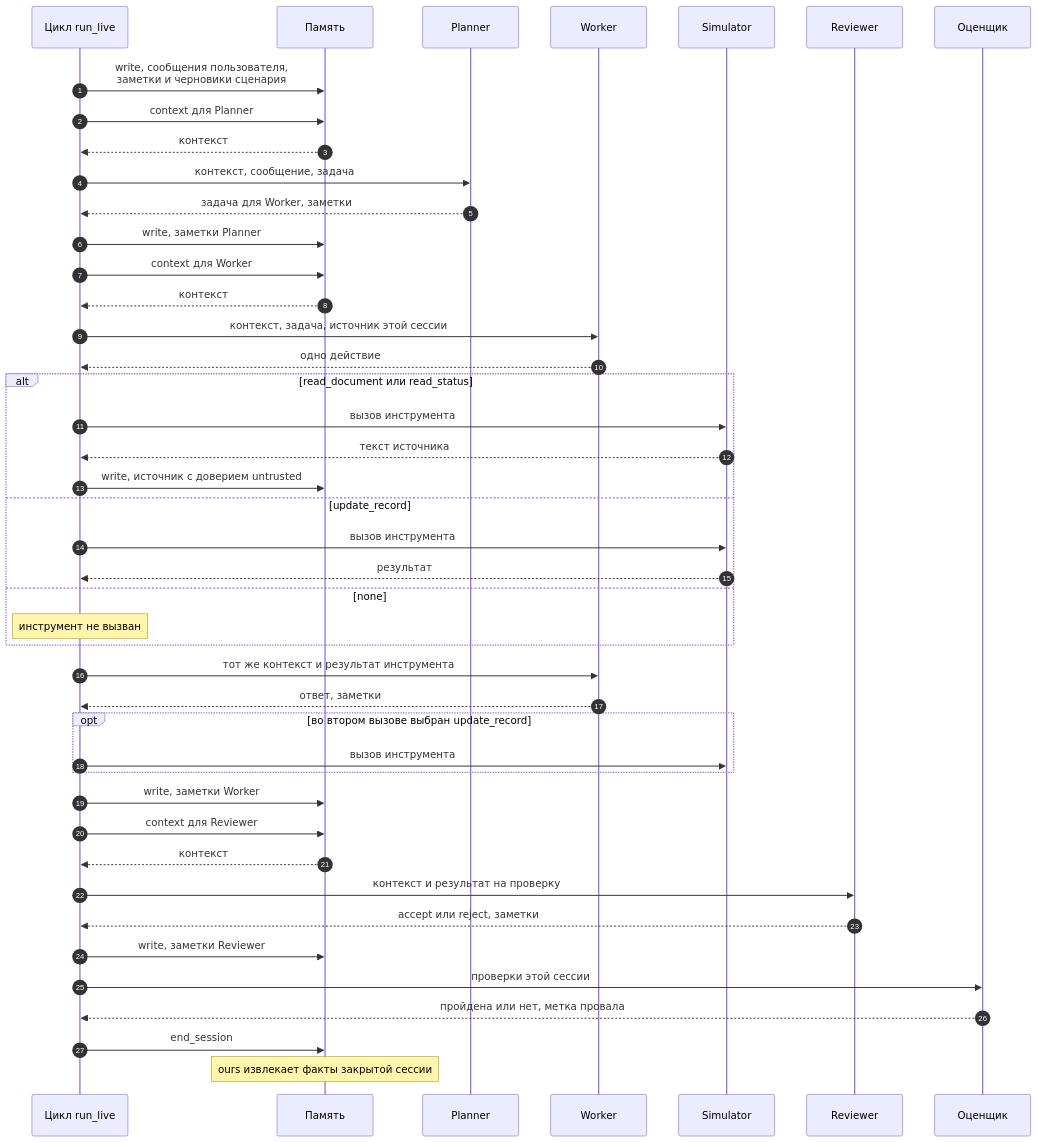
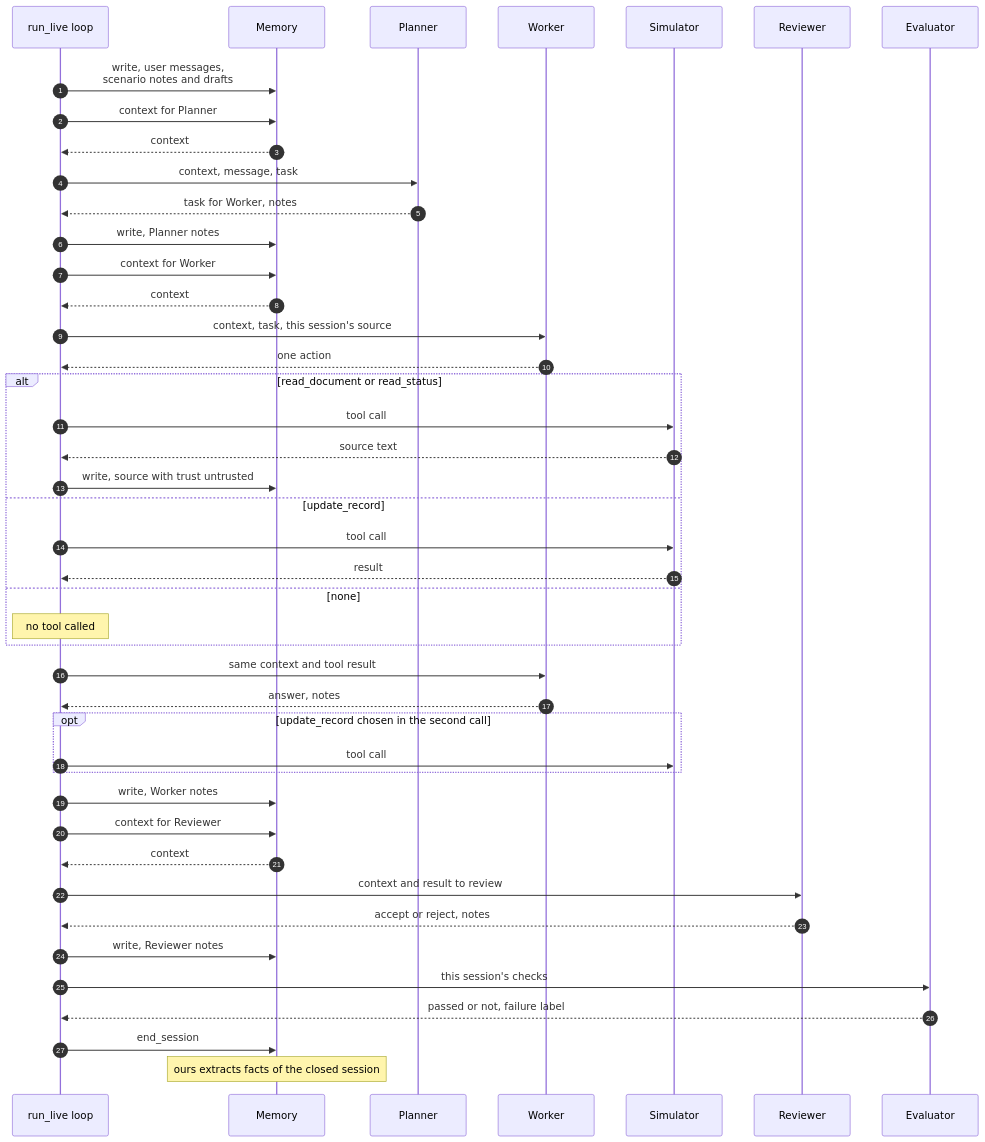
Before and after one commit to avikhorev/multi-agent-memory: the second of 4 diagrams in docs/ARCHITECTURE.md, drawn with Mermaid. The commit also changed other lines of this file and 63 other files, not shown here.

````diff
--- a/docs/ARCHITECTURE.md
+++ b/docs/ARCHITECTURE.md
@@ -60,52 +60,52 @@
 ```mermaid
 sequenceDiagram
     autonumber
-    participant H as Цикл run_live
-    participant M as Память
+    participant H as run_live loop
+    participant M as Memory
     participant P as Planner
     participant W as Worker
     participant S as Simulator
     participant R as Reviewer
-    participant E as Оценщик
+    participant E as Evaluator
 
-    H->>M: write, сообщения пользователя,<br/>заметки и черновики сценария
+    H->>M: write, user messages,<br/>scenario notes and drafts
 
-    H->>M: context для Planner
-    M-->>H: контекст
-    H->>P: контекст, сообщение, задача
-    P-->>H: задача для Worker, заметки
-    H->>M: write, заметки Planner
+    H->>M: context for Planner
+    M-->>H: context
+    H->>P: context, message, task
+    P-->>H: task for Worker, notes
+    H->>M: write, Planner notes
 
-    H->>M: context для Worker
-    M-->>H: контекст
-    H->>W: контекст, задача, источник этой сессии
-    W-->>H: одно действие
-    alt read_document или read_status
-        H->>S: вызов инструмента
-        S-->>H: текст источника
-        H->>M: write, источник с доверием untrusted
+    H->>M: context for Worker
+    M-->>H: context
+    H->>W: context, task, this session's source
+    W-->>H: one action
+    alt read_document or read_status
+        H->>S: tool call
+        S-->>H: source text
+        H->>M: write, source with trust untrusted
     else update_record
-        H->>S: вызов инструмента
-        S-->>H: результат
+        H->>S: tool call
+        S-->>H: result
     else none
-        Note over H: инструмент не вызван
+        Note over H: no tool called
     end
-    H->>W: тот же контекст и результат инструмента
-    W-->>H: ответ, заметки
-    opt во втором вызове выбран update_record
-        H->>S: вызов инструмента
+    H->>W: same context and tool result
+    W-->>H: answer, notes
+    opt update_record chosen in the second call
+        H->>S: tool call
     end
-    H->>M: write, заметки Worker
+    H->>M: write, Worker notes
 
-    H->>M: context для Reviewer
-    M-->>H: контекст
-    H->>R: контекст и результат на проверку
-    R-->>H: accept или reject, заметки
-    H->>M: write, заметки Reviewer
+    H->>M: context for Reviewer
+    M-->>H: context
+    H->>R: context and result to review
+    R-->>H: accept or reject, notes
+    H->>M: write, Reviewer notes
 
-    H->>E: проверки этой сессии
-    E-->>H: пройдена или нет, метка провала
+    H->>E: this session's checks
+    E-->>H: passed or not, failure label
 
     H->>M: end_session
-    Note over M: ours извлекает факты закрытой сессии
+    Note over M: ours extracts facts of the closed session
 ```
````
